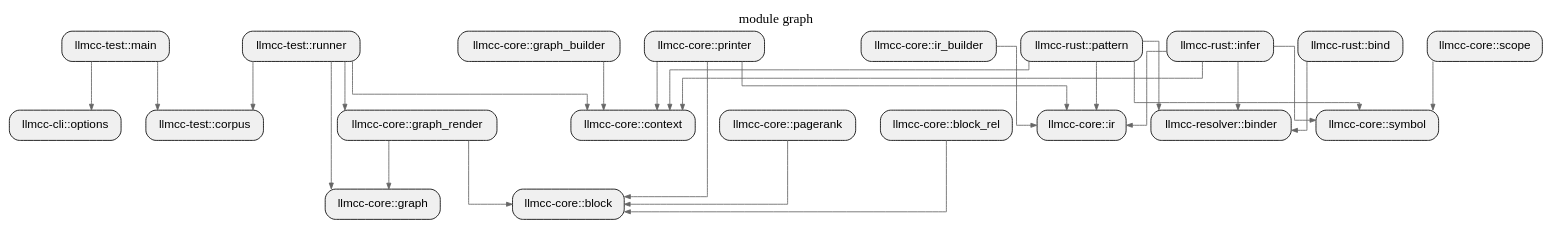
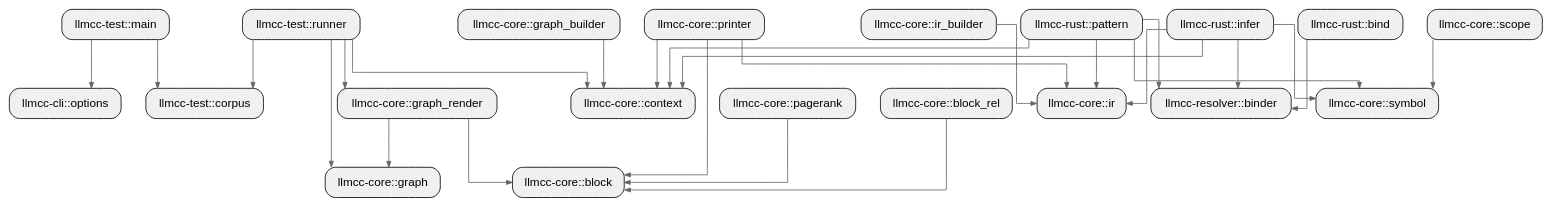
The diagram in sample/llmcc/depth_2_module.dot (allenanswerzq/llmcc), drawn with Graphviz before and after one commit. The commit also changed 242 other files, not shown here.

```diff
--- a/sample/llmcc/depth_2_module.dot
+++ b/sample/llmcc/depth_2_module.dot
@@ -1,63 +1,62 @@
 digraph architecture {
   // Layout settings
   rankdir=TB;
   ranksep=0.8;
   nodesep=0.4;
   splines=ortho;
   concentrate=true;
 
   node [shape=box, style="rounded,filled", fillcolor="#f0f0f0", fontname="Helvetica"];
   edge [color="#666666", arrowsize=0.7];
 
-  label="module graph";
   labelloc=t;
   fontsize=16;
   fontname="Helvetica Bold";
 
   mod_llmcc_cli_options[label="llmcc-cli::options"];
   mod_llmcc_core_block[label="llmcc-core::block"];
   mod_llmcc_core_block_rel[label="llmcc-core::block_rel"];
   mod_llmcc_core_context[label="llmcc-core::context"];
   mod_llmcc_core_graph[label="llmcc-core::graph"];
   mod_llmcc_core_graph_builder[label="llmcc-core::graph_builder"];
   mod_llmcc_core_graph_render[label="llmcc-core::graph_render"];
   mod_llmcc_core_ir[label="llmcc-core::ir"];
   mod_llmcc_core_ir_builder[label="llmcc-core::ir_builder"];
   mod_llmcc_core_pagerank[label="llmcc-core::pagerank"];
   mod_llmcc_core_printer[label="llmcc-core::printer"];
   mod_llmcc_core_scope[label="llmcc-core::scope"];
   mod_llmcc_core_symbol[label="llmcc-core::symbol"];
   mod_llmcc_resolver_binder[label="llmcc-resolver::binder"];
   mod_llmcc_rust_bind[label="llmcc-rust::bind"];
   mod_llmcc_rust_infer[label="llmcc-rust::infer"];
   mod_llmcc_rust_pattern[label="llmcc-rust::pattern"];
   mod_llmcc_test_corpus[label="llmcc-test::corpus"];
   mod_llmcc_test_main[label="llmcc-test::main"];
   mod_llmcc_test_runner[label="llmcc-test::runner"];
 
   mod_llmcc_core_block_rel -> mod_llmcc_core_block;
   mod_llmcc_core_graph_builder -> mod_llmcc_core_context;
   mod_llmcc_core_graph_render -> mod_llmcc_core_block;
   mod_llmcc_core_graph_render -> mod_llmcc_core_graph;
   mod_llmcc_core_ir_builder -> mod_llmcc_core_ir;
   mod_llmcc_core_pagerank -> mod_llmcc_core_block;
   mod_llmcc_core_printer -> mod_llmcc_core_block;
   mod_llmcc_core_printer -> mod_llmcc_core_context;
   mod_llmcc_core_printer -> mod_llmcc_core_ir;
   mod_llmcc_core_scope -> mod_llmcc_core_symbol;
   mod_llmcc_rust_bind -> mod_llmcc_resolver_binder;
   mod_llmcc_rust_infer -> mod_llmcc_core_context;
   mod_llmcc_rust_infer -> mod_llmcc_core_ir;
   mod_llmcc_rust_infer -> mod_llmcc_core_symbol;
   mod_llmcc_rust_infer -> mod_llmcc_resolver_binder;
   mod_llmcc_rust_pattern -> mod_llmcc_core_context;
   mod_llmcc_rust_pattern -> mod_llmcc_core_ir;
   mod_llmcc_rust_pattern -> mod_llmcc_core_symbol;
   mod_llmcc_rust_pattern -> mod_llmcc_resolver_binder;
   mod_llmcc_test_main -> mod_llmcc_cli_options;
   mod_llmcc_test_main -> mod_llmcc_test_corpus;
   mod_llmcc_test_runner -> mod_llmcc_core_context;
   mod_llmcc_test_runner -> mod_llmcc_core_graph;
   mod_llmcc_test_runner -> mod_llmcc_core_graph_render;
   mod_llmcc_test_runner -> mod_llmcc_test_corpus;
 }
```
